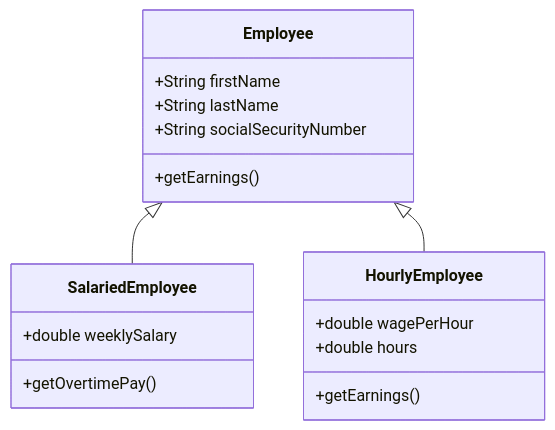
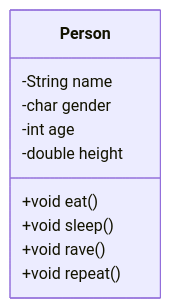
Before and after one commit to tohhongxiang123/Blog: the first of 2 diagrams in notes/Object Oriented Programming and Design/Classes and Objects.md, drawn with Mermaid. The commit also changed other lines of this file and 8 other files, not shown here.

````diff
--- a/notes/Object Oriented Programming and Design/Classes and Objects.md
+++ b/notes/Object Oriented Programming and Design/Classes and Objects.md
@@ -59,24 +31,14 @@
 ```mermaid
 classDiagram
-    Employee <|--  SalariedEmployee
-    Employee <|-- HourlyEmployee
+	class Person {
+		-String name
+		-char gender
+		-int age
+		-double height
 
-    class Employee {
-        +String firstName
-        +String lastName
-        +String socialSecurityNumber
-        +getEarnings()
-    }
-
-    class SalariedEmployee {
-        +double weeklySalary
-        +getOvertimePay()
-    }
-
-    class HourlyEmployee {
-        +double wagePerHour
-        +double hours
-
-        +getEarnings()
-    }
+		+void eat()
+		+void sleep()
+		+void rave()
+		+void repeat()
+	}
 ```
````
